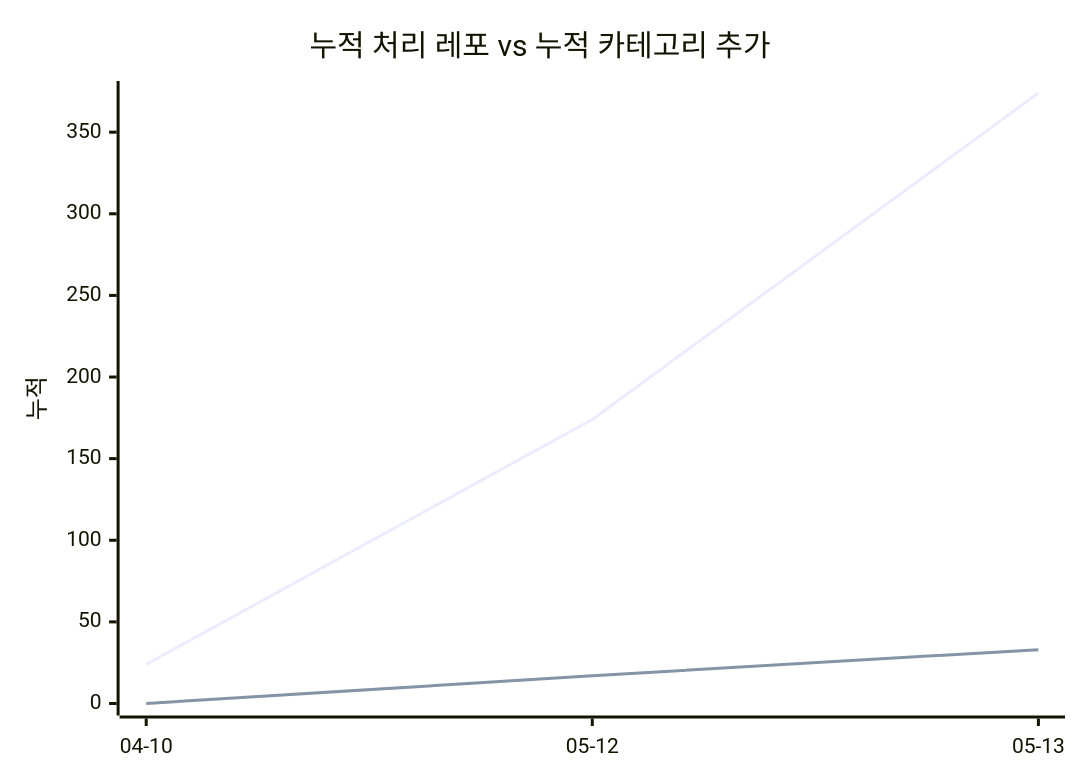
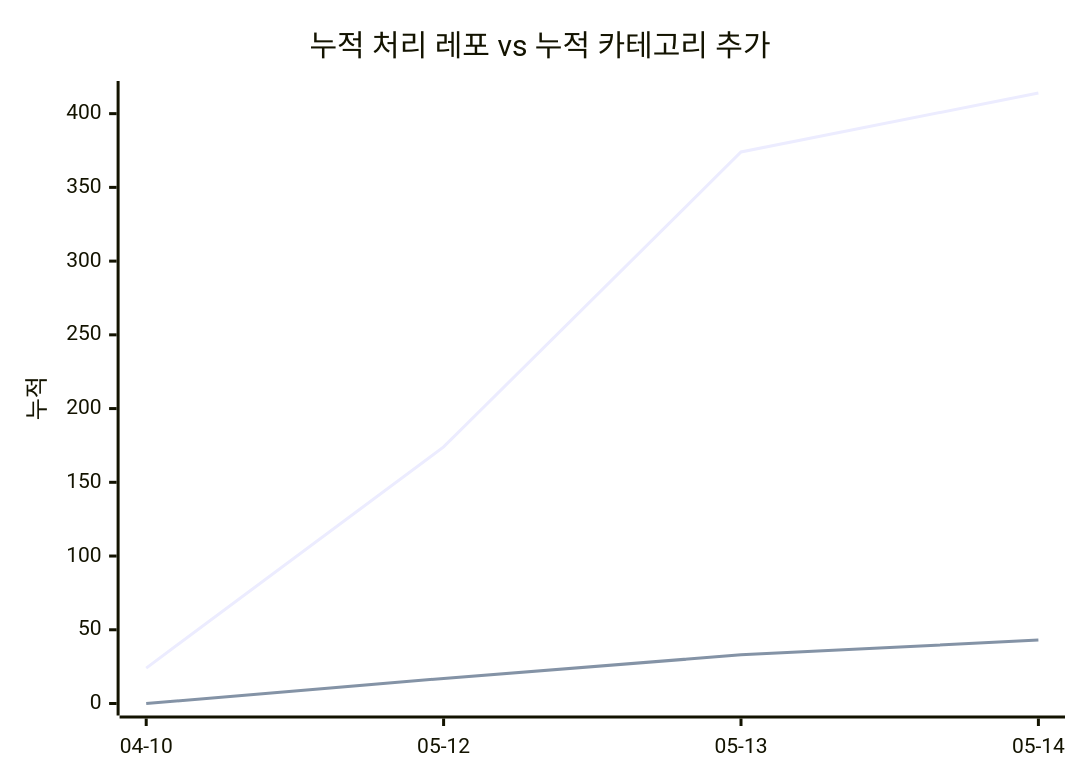
The second of 2 diagrams in docs/trends.md (J-nowcow/awesome-korean-agent-skills), drawn with Mermaid before and after one commit. The commit also changed other lines of this file and 10 other files, not shown here.

````diff
--- a/docs/trends.md
+++ b/docs/trends.md
@@ -57,8 +58,8 @@
 ```mermaid
 xychart-beta
     title "누적 처리 레포 vs 누적 카테고리 추가"
-    x-axis ["04-10","05-12","05-13"]
+    x-axis ["04-10","05-12","05-13","05-14"]
     y-axis "누적"
-    line [24,174,374]
-    line [0,17,33]
+    line [24,174,374,414]
+    line [0,17,33,43]
 ```
````
